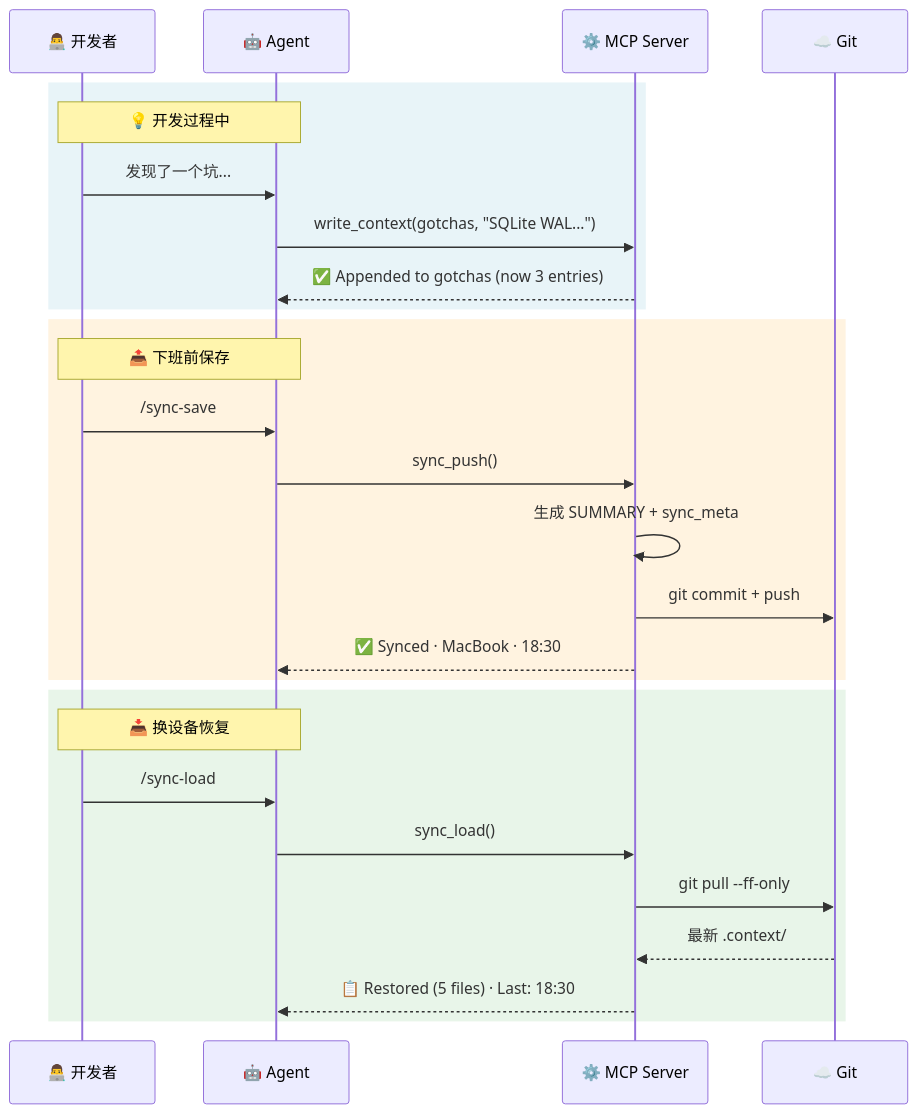
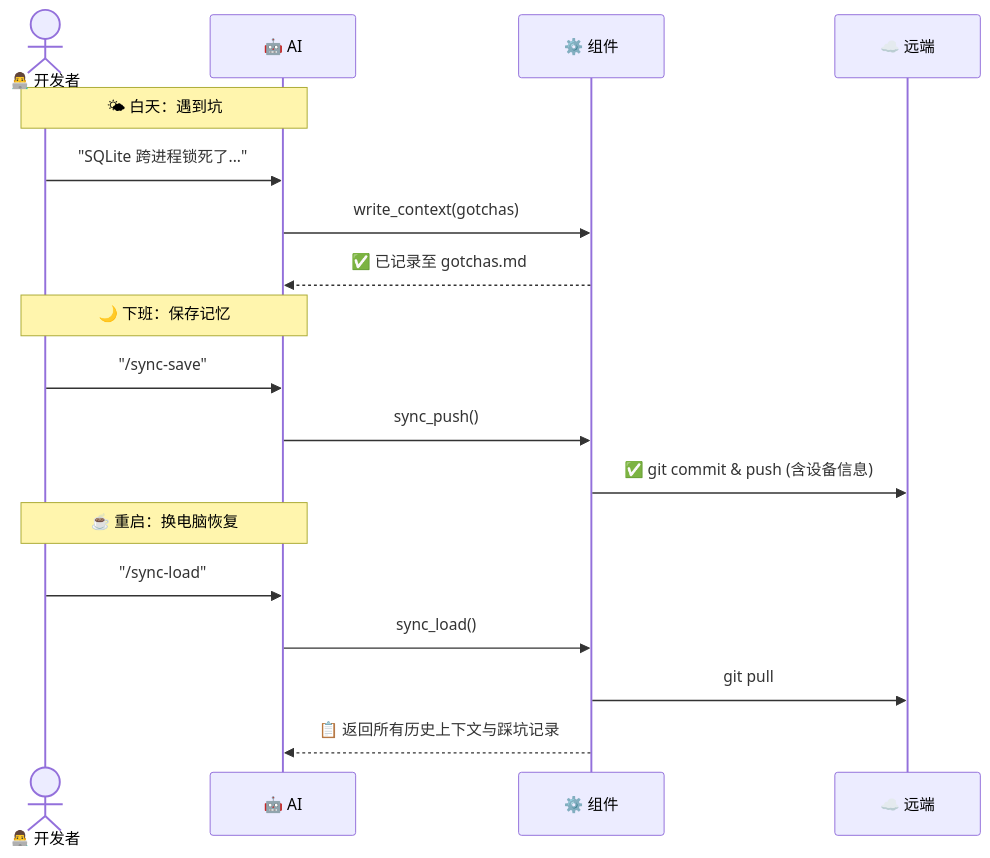
Before and after one commit to 1EchA/context-sync-mcp: the second of 2 diagrams in README.md, drawn with Mermaid. The commit also changed other lines of this file, not shown here.

Commit message:
docs: overhaul copywriting and simplify diagrams

````diff
--- a/README.md
+++ b/README.md
@@ -101,32 +146,23 @@
 ```mermaid
 sequenceDiagram
-    participant Dev as 👨‍💻 开发者
-    participant A as 🤖 Agent
-    participant M as ⚙️ MCP Server
-    participant G as ☁️ Git
+    actor Dev as 👨‍💻 开发者
+    participant Agent as 🤖 AI
+    participant MCP as ⚙️ 组件
+    participant Git as ☁️ 远端
 
-    rect rgb(232, 244, 248)
-        Note over Dev,A: 💡 开发过程中
-        Dev ->> A: 发现了一个坑...
-        A ->> M: write_context(gotchas, "SQLite WAL...")
-        M -->> A: ✅ Appended to gotchas (now 3 entries)
-    end
+    Note over Dev, Agent: 🌤 白天：遇到坑
+    Dev->>Agent: "SQLite 跨进程锁死了..."
+    Agent->>MCP: write_context(gotchas)
+    MCP-->>Agent: ✅ 已记录至 gotchas.md
 
-    rect rgb(255, 243, 224)
-        Note over Dev,A: 📤 下班前保存
-        Dev ->> A: /sync-save
-        A ->> M: sync_push()
-        M ->> M: 生成 SUMMARY + sync_meta
-        M ->> G: git commit + push
-        M -->> A: ✅ Synced · MacBook · 18:30
-    end
+    Note over Dev, Agent: 🌙 下班：保存记忆
+    Dev->>Agent: "/sync-save"
+    Agent->>MCP: sync_push()
+    MCP->>Git: ✅ git commit & push (含设备信息)
 
-    rect rgb(232, 245, 233)
-        Note over Dev,A: 📥 换设备恢复
-        Dev ->> A: /sync-load
-        A ->> M: sync_load()
-        M ->> G: git pull --ff-only
-        G -->> M: 最新 .context/
-        M -->> A: 📋 Restored (5 files) · Last: 18:30
-    end
+    Note over Dev, Agent: ☕ 重启：换电脑恢复
+    Dev->>Agent: "/sync-load"
+    Agent->>MCP: sync_load()
+    MCP->>Git: git pull
+    MCP-->>Agent: 📋 返回所有历史上下文与踩坑记录
 ```
````
